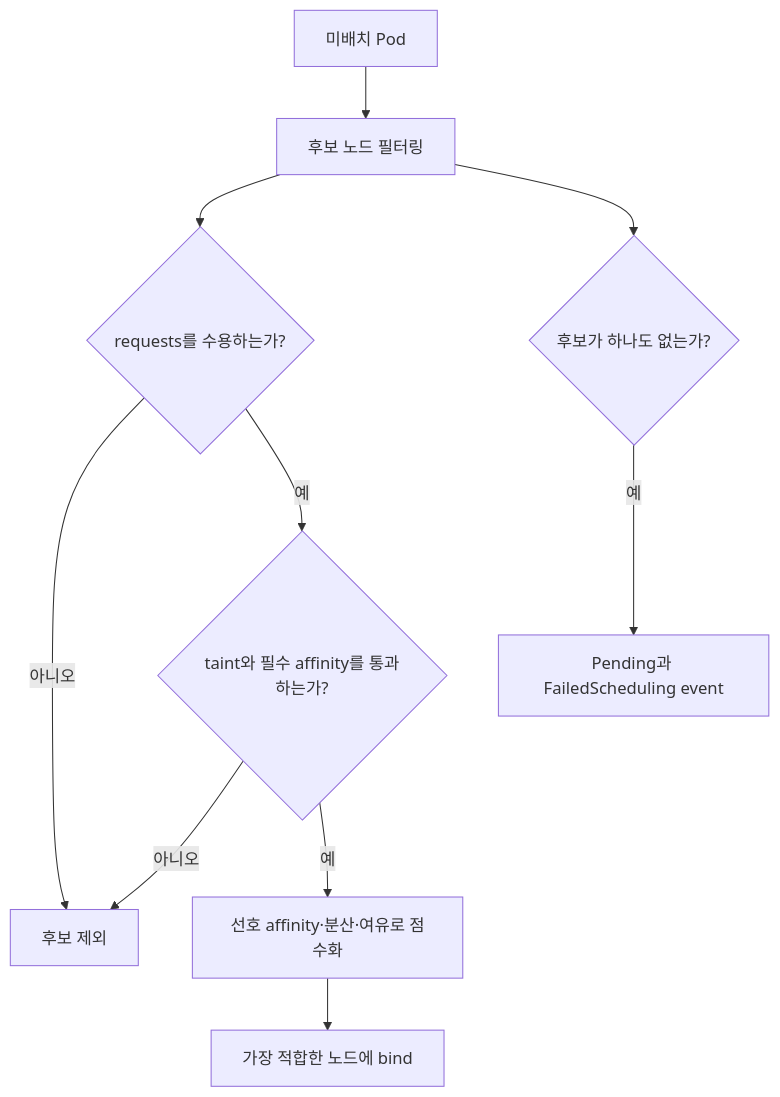
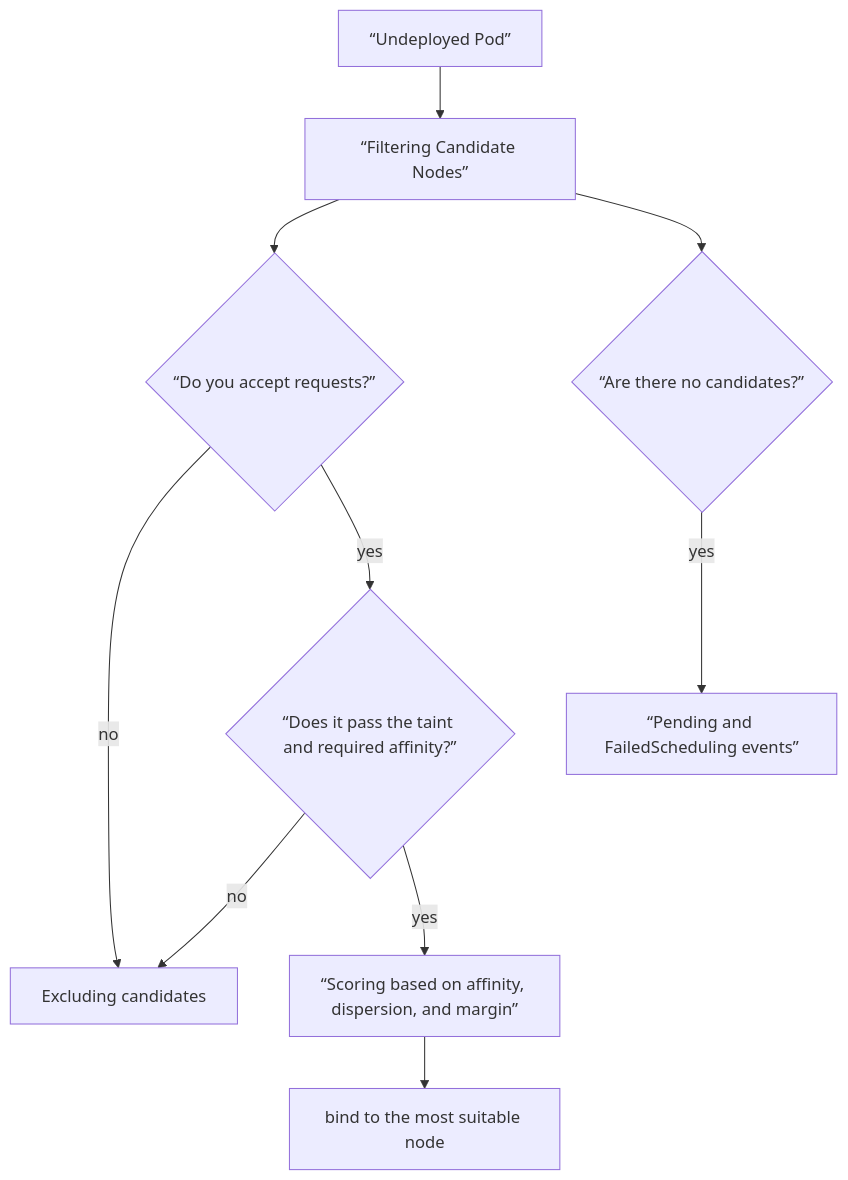
The first of 2 diagrams in docs-site/content/kubernetes/07-scheduling-and-autoscaling.md (nohdol97/nohdol-study), drawn with Mermaid before and after one commit. The commit also changed other lines of this file and 116 other files, not shown here.

````diff
--- a/docs-site/content/kubernetes/07-scheduling-and-autoscaling.md
+++ b/docs-site/content/kubernetes/07-scheduling-and-autoscaling.md
@@ -20,12 +20,12 @@
 ```mermaid
 flowchart TD
-    P["미배치 Pod"] --> F["후보 노드 필터링"]
-    F --> R{"requests를 수용하는가?"}
-    R -->|"아니오"| X["후보 제외"]
-    R -->|"예"| T{"taint와 필수 affinity를 통과하는가?"}
-    T -->|"아니오"| X
-    T -->|"예"| S["선호 affinity·분산·여유로 점수화"]
-    S --> B["가장 적합한 노드에 bind"]
-    F --> N{"후보가 하나도 없는가?"}
-    N -->|"예"| E["Pending과 FailedScheduling event"]
+    P[“Undeployed Pod”] --> F[“Filtering Candidate Nodes”]
+    F --> R{“Do you accept requests?”}
+    R -->|"no"| X["Excluding candidates"]
+    R -->|"yes"| T{“Does it pass the taint and required affinity?”}
+    T -->|"no"| X
+    T -->|"yes"| S[“Scoring based on affinity, dispersion, and margin”]
+    S --> B["bind to the most suitable node"]
+    F --> N{“Are there no candidates?”}
+    N -->|"yes"| E[“Pending and FailedScheduling events”]
 ```
````
